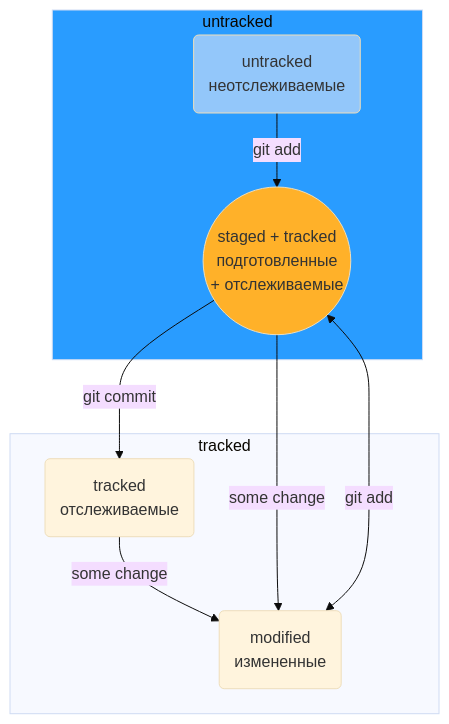
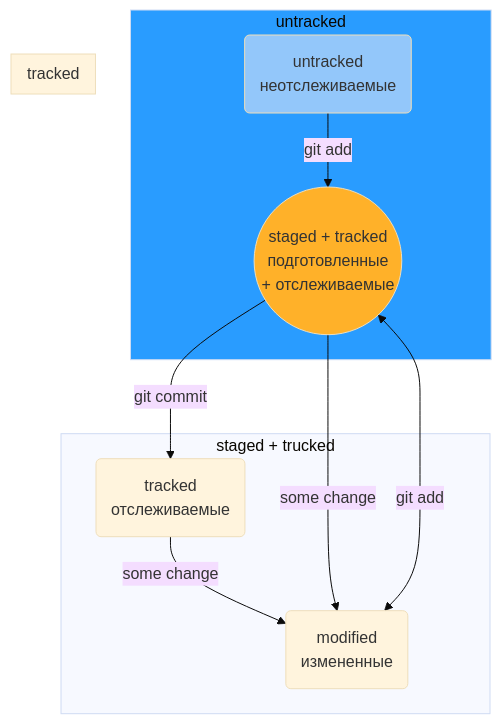
One commit to AleksandrVakarin/GitInstructionMermaid changed the diagram in README.md. Above: the diagram before and after it, drawn with Mermaid (base theme).

````diff
--- a/README.md
+++ b/README.md
@@ -93,23 +93,27 @@
 ```mermaid
 flowchart TD;
 	
 	stgd((staged + tracked<br>подготовленные<br> + отслеживаемые))
 	mdf(modified<br>измененные)
 	untr(untracked<br>неотслеживаемые)
 	trcd(tracked<br>отслеживаемые)
 
 	subgraph untracked
 		untr-- git add -->stgd
 	end
 
-	subgraph tracked 
+	subgraph staged + trucked
 		stgd -- git commit -->trcd
 		trcd-- some change -->mdf
 		mdf<-- git add --> stgd
+	end
+
+	subgraph tracked 
+		
 		stgd-- some change -->mdf
 	end
-	
+
 	style stgd fill: #FFB129
 	style untr fill: #93C7FA
 	style untracked fill: #299CFF
 ```
````
